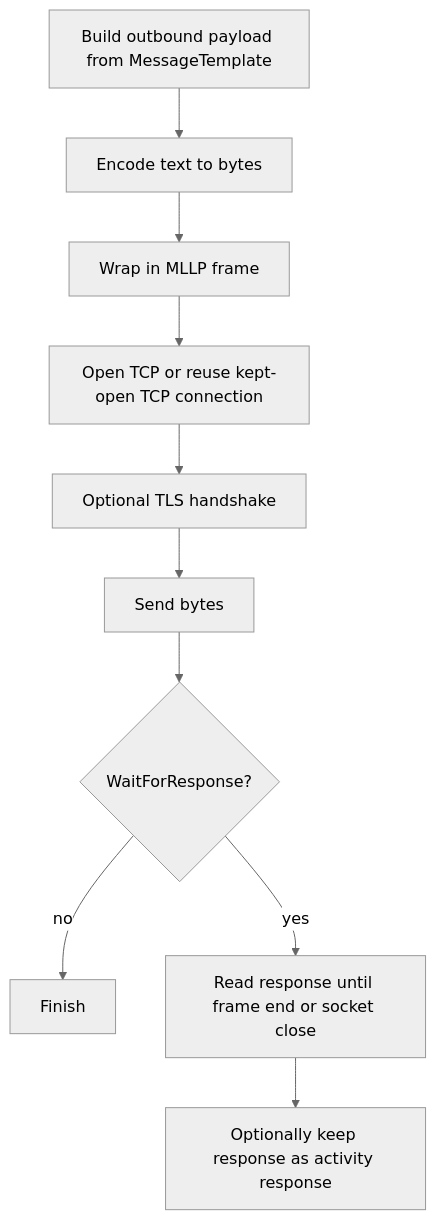
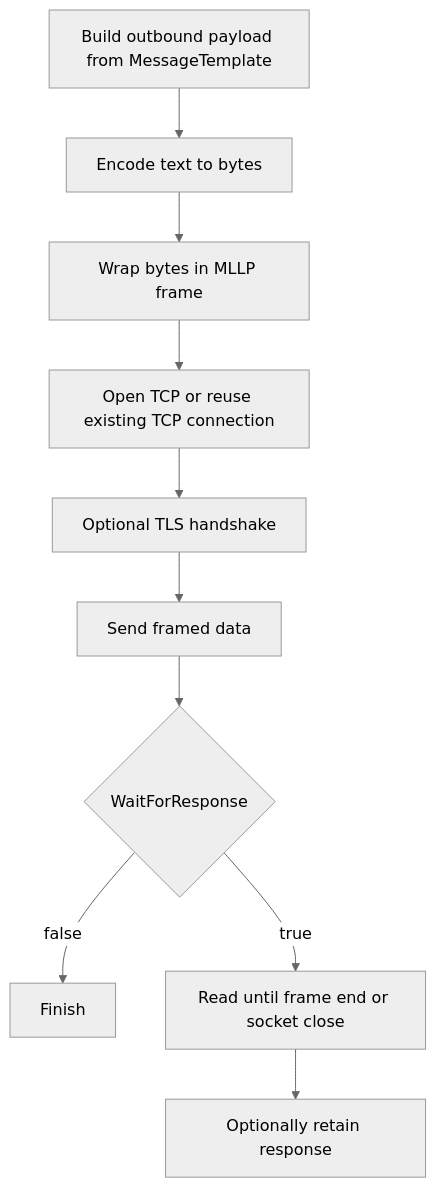
Before and after one commit to IntegrationSoup/Documentation: the diagram in docs/workflow/sender-activities/mllp-sender.md, drawn with Mermaid (neutral theme). The commit also changed other lines of this file and 6 other files, not shown here.

````diff
--- a/docs/workflow/sender-activities/mllp-sender.md
+++ b/docs/workflow/sender-activities/mllp-sender.md
@@ -11,12 +11,12 @@
 ```mermaid
 flowchart TD
     A[Build outbound payload from MessageTemplate] --> B[Encode text to bytes]
-    B --> C[Wrap in MLLP frame]
-    C --> D[Open TCP or reuse kept-open TCP connection]
+    B --> C[Wrap bytes in MLLP frame]
+    C --> D[Open TCP or reuse existing TCP connection]
     D --> E[Optional TLS handshake]
-    E --> F[Send bytes]
-    F --> G{WaitForResponse?}
-    G -- no --> H[Finish]
-    G -- yes --> I[Read response until frame end or socket close]
-    I --> J[Optionally keep response as activity response]
+    E --> F[Send framed data]
+    F --> G{WaitForResponse}
+    G -- false --> H[Finish]
+    G -- true --> I[Read until frame end or socket close]
+    I --> J[Optionally retain response]
 ```
````
